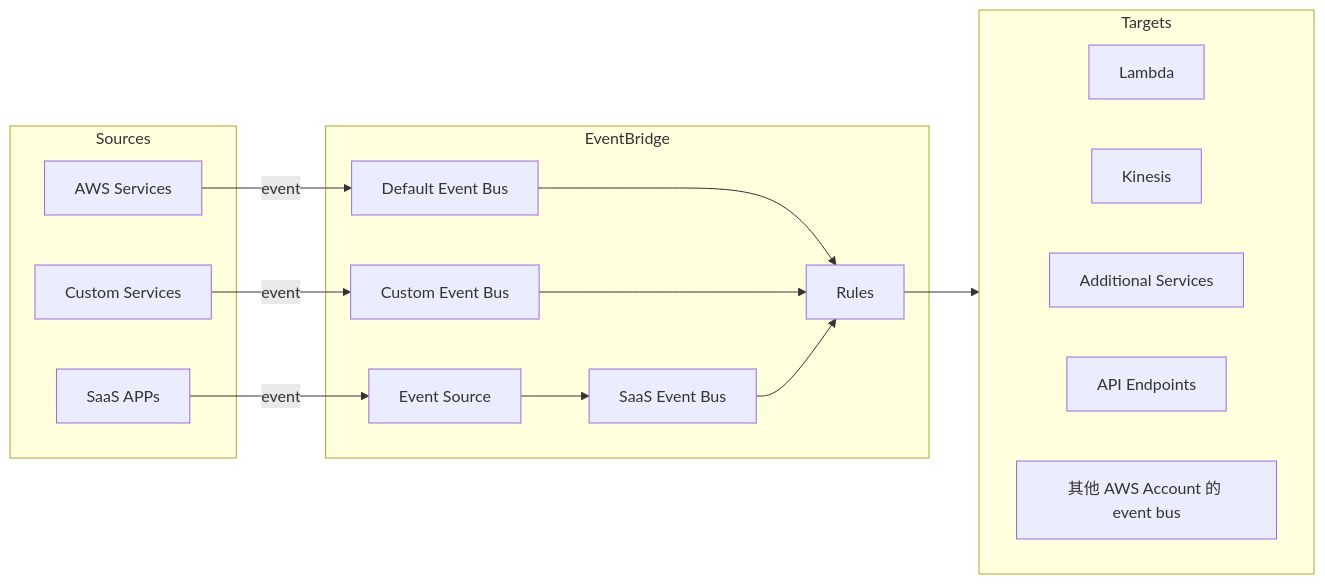
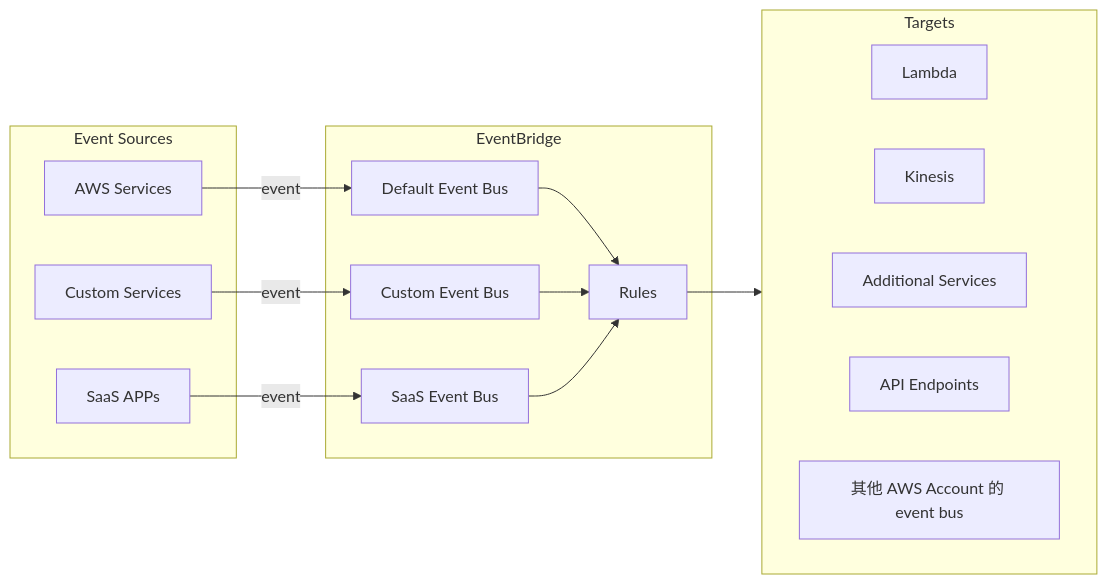
One commit to cool21540125/documentation-notes changed the first of 2 diagrams in aws/EventBridge.md. Above: the diagram before and after it, drawn with Mermaid. The commit also changed other lines of this file and 6 other files, not shown here.

````diff
--- a/aws/EventBridge.md
+++ b/aws/EventBridge.md
@@ -16,29 +16,27 @@
 ```mermaid
 flowchart LR
 
-subgraph Sources
+subgraph es["Event Sources"]
   as["AWS Services"]
   cs["Custom Services"]
   saas["SaaS APPs"]
 end
 
 subgraph eb["EventBridge"]
   deb["Default Event Bus"] --> Rules;
   ceb["Custom Event Bus"] --> Rules;
   seb["SaaS Event Bus"] --> Rules;
-  es["Event Source"]
 end
 
-es --> seb;
 as -- event --> deb;
 cs -- event --> ceb;
-saas -- event --> es;
+saas -- event --> seb;
 
 subgraph Targets
   direction LR;
   Lambda; Kinesis; ad["Additional Services"];
   api["API Endpoints"]
   other["其他 AWS Account 的 event bus"]
 end
 Rules --> Targets;
 ```
````
